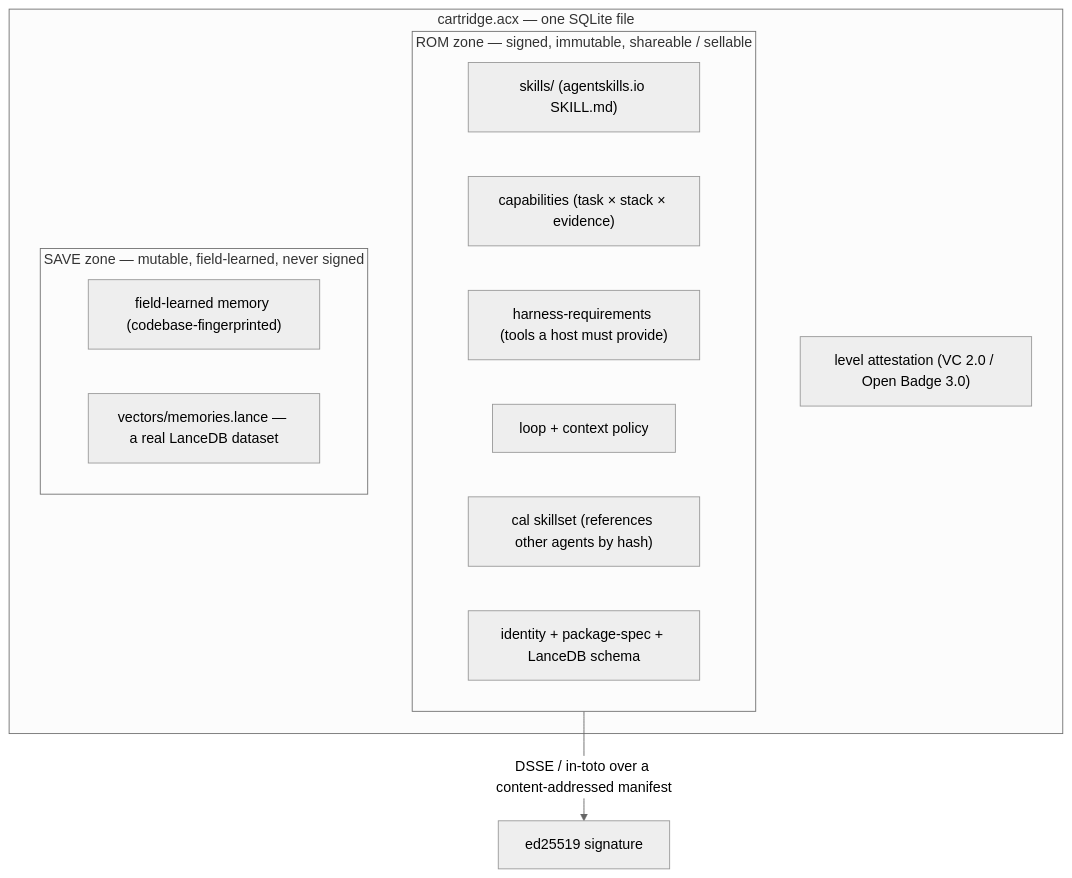
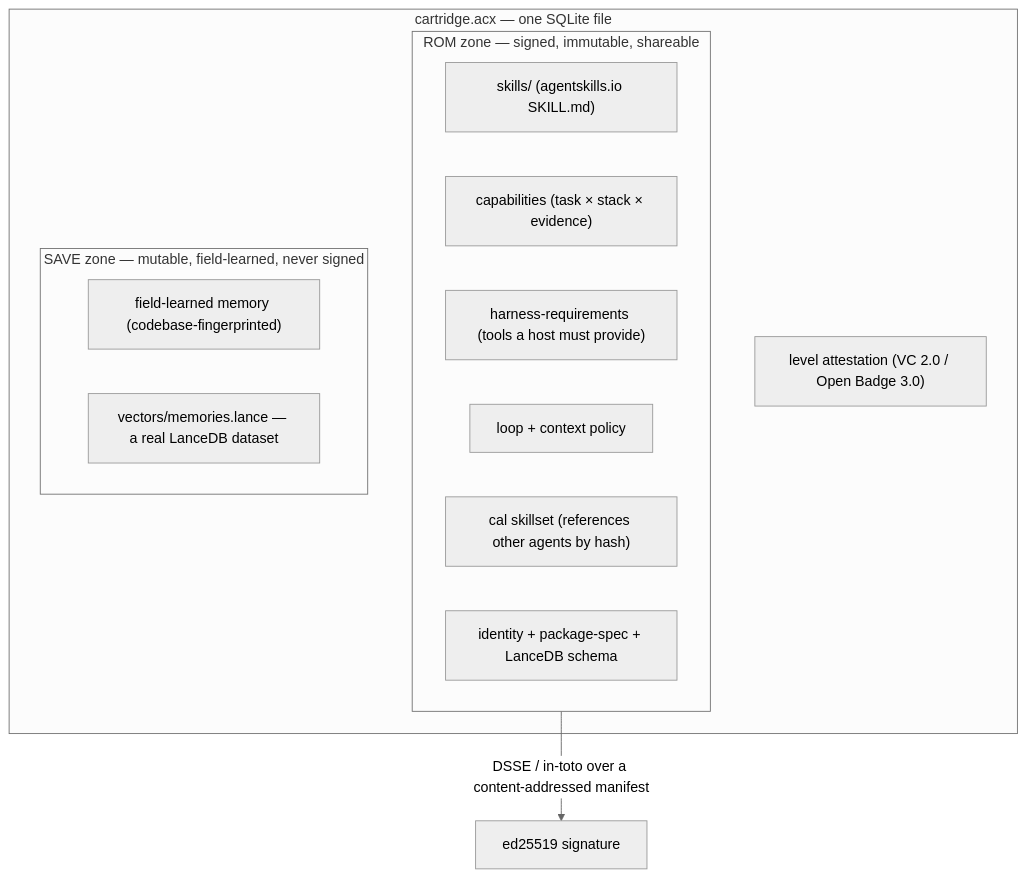
One commit to lboel/acx changed the diagram in README.md. Above: the diagram before and after it, drawn with Mermaid (neutral theme). The commit also changed other lines of this file and 108 other files, not shown here.

````diff
--- a/README.md
+++ b/README.md
@@ -117,19 +120,19 @@
 ```mermaid
 flowchart TB
   subgraph ACX["cartridge.acx — one SQLite file"]
-    subgraph ROM["ROM zone — signed, immutable, shareable / sellable"]
+    subgraph ROM["ROM zone — signed, immutable, shareable"]
       SK["skills/ (agentskills.io SKILL.md)"]
       CAP["capabilities (task × stack × evidence)"]
       HR["harness-requirements (tools a host must provide)"]
       LP["loop + context policy"]
       SS["cal skillset (references other agents by hash)"]
       ID["identity + package-spec + LanceDB schema"]
     end
     subgraph SAVE["SAVE zone — mutable, field-learned, never signed"]
       MEM["field-learned memory (codebase-fingerprinted)"]
       VEC["vectors/memories.lance — a real LanceDB dataset"]
     end
     ATT["level attestation (VC 2.0 / Open Badge 3.0)"]
   end
   ROM -->|DSSE / in-toto over a content-addressed manifest| SIG["ed25519 signature"]
 ```
````
